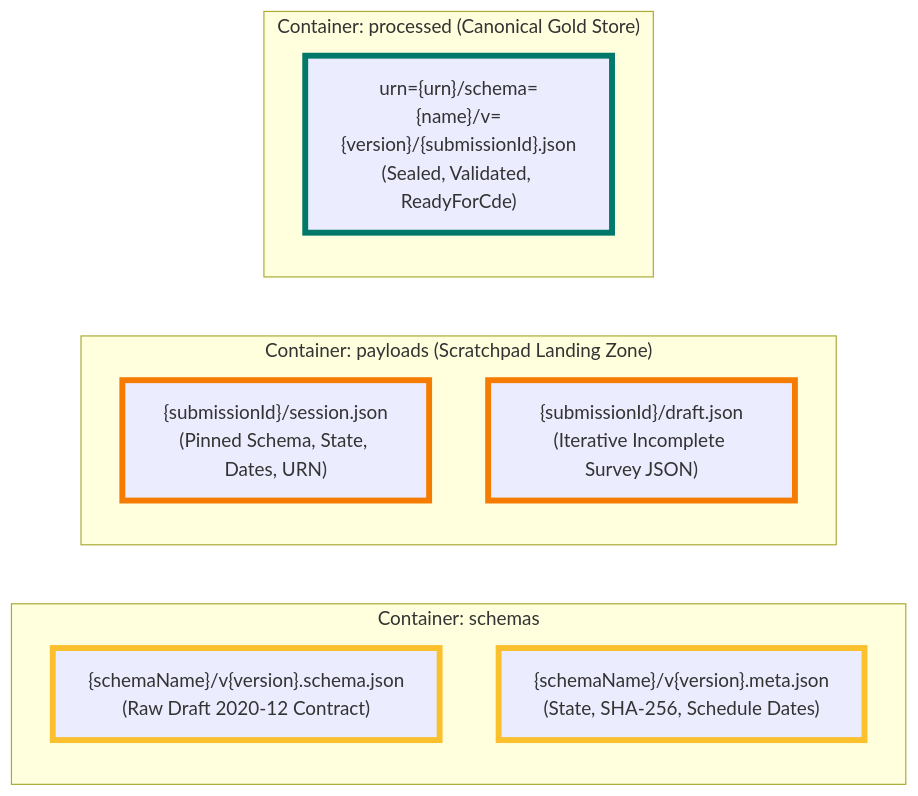
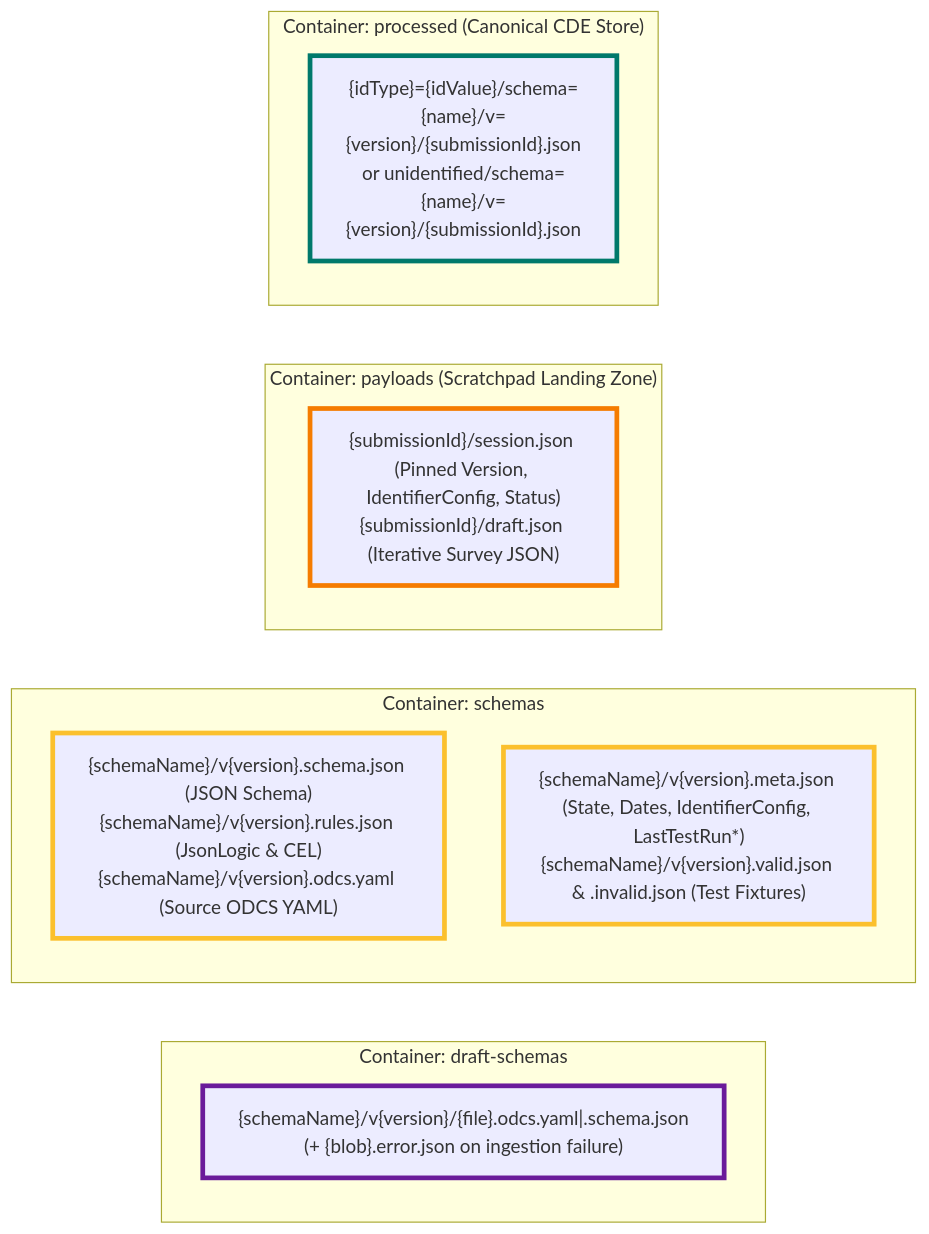
One commit to DFE-Digital/estate-data-collection changed the second of 4 diagrams in ARCHITECTURE.md. Above: the diagram before and after it, drawn with Mermaid. The commit also changed other lines of this file and 10 other files, not shown here.

Commit message:
docs: add ADRs 0017-0022 and update README, architecture, and deployment guides

````diff
--- a/ARCHITECTURE.md
+++ b/ARCHITECTURE.md
@@ -72,20 +81,24 @@
 ```mermaid
 graph LR
-    classDef schemas stroke:#fbc02d,stroke-width:5px;
-    classDef payloads stroke:#f57c00,stroke-width:5px;
-    classDef processed stroke:#00796b,stroke-width:5px;
+    classDef draft stroke:#6a1b9a,stroke-width:4px;
+    classDef schemas stroke:#fbc02d,stroke-width:4px;
+    classDef payloads stroke:#f57c00,stroke-width:4px;
+    classDef processed stroke:#00796b,stroke-width:4px;
+
+    subgraph D_Container["Container: draft-schemas"]
+        D1["{schemaName}/v{version}/{file}.odcs.yaml|.schema.json<br/>(+ {blob}.error.json on ingestion failure)"]:::draft
+    end
 
     subgraph S_Container["Container: schemas"]
-        S1["{schemaName}/v{version}.schema.json<br/>(Raw Draft 2020-12 Contract)"]:::schemas
-        S2["{schemaName}/v{version}.meta.json<br/>(State, SHA-256, Schedule Dates)"]:::schemas
+        S1["{schemaName}/v{version}.schema.json (JSON Schema)<br/>{schemaName}/v{version}.rules.json (JsonLogic &amp; CEL)<br/>{schemaName}/v{version}.odcs.yaml (Source ODCS YAML)"]:::schemas
+        S2["{schemaName}/v{version}.meta.json (State, Dates, IdentifierConfig, LastTestRun*)<br/>{schemaName}/v{version}.valid.json &amp; .invalid.json (Test Fixtures)"]:::schemas
     end
 
     subgraph P_Container["Container: payloads (Scratchpad Landing Zone)"]
-        P1["{submissionId}/session.json<br/>(Pinned Schema, State, Dates, URN)"]:::payloads
-        P2["{submissionId}/draft.json<br/>(Iterative Incomplete Survey JSON)"]:::payloads
+        P1["{submissionId}/session.json (Pinned Version, IdentifierConfig, Status)<br/>{submissionId}/draft.json (Iterative Survey JSON)"]:::payloads
     end
 
-    subgraph Pr_Container["Container: processed (Canonical Gold Store)"]
-        Pr1["urn={urn}/schema={name}/v={version}/{submissionId}.json<br/>(Sealed, Validated, ReadyForCde)"]:::processed
+    subgraph Pr_Container["Container: processed (Canonical CDE Store)"]
+        Pr1["{idType}={idValue}/schema={name}/v={version}/{submissionId}.json<br/>or unidentified/schema={name}/v={version}/{submissionId}.json"]:::processed
     end
 ```
````
